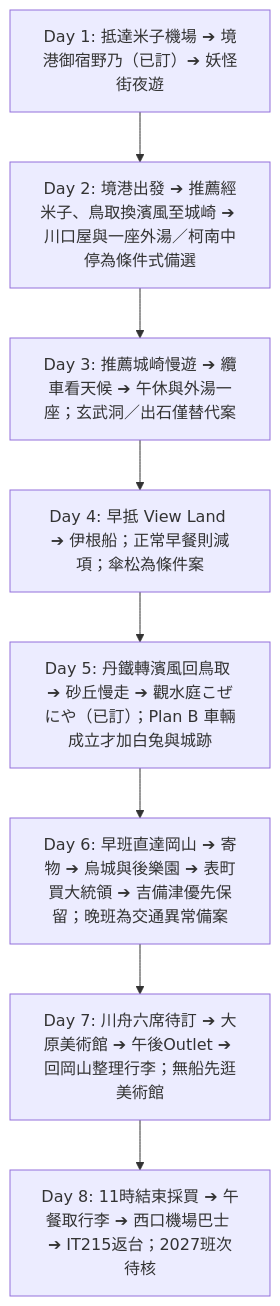
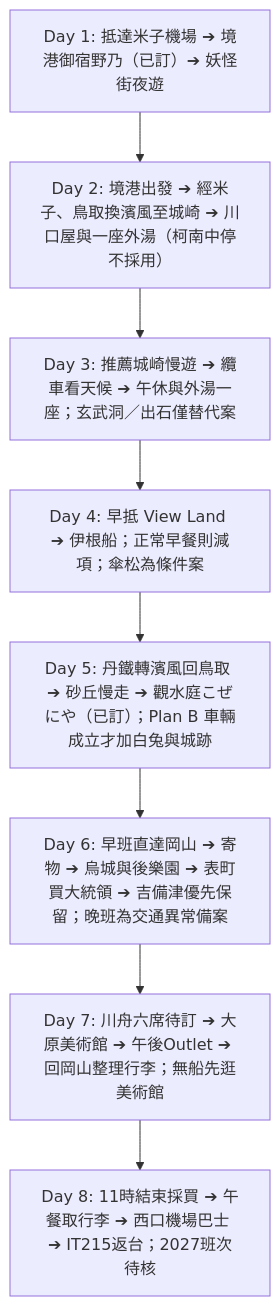
Before and after one commit to iamkeith001/sanin-trip-2027: the diagram in README.md, drawn with Mermaid. The commit also changed other lines of this file and 5 other files, not shown here.

````diff
--- a/README.md
+++ b/README.md
@@ -49,10 +49,10 @@
 ```mermaid
 graph TD
-    Day1[Day 1: 抵達米子機場 ➔ 境港御宿野乃（已訂）➔ 妖怪街夜遊] --> Day2[Day 2: 境港出發 ➔ 推薦經米子、鳥取換濱風至城崎 ➔ 川口屋與一座外湯／柯南中停為條件式備選]
+    Day1[Day 1: 抵達米子機場 ➔ 境港御宿野乃（已訂）➔ 妖怪街夜遊] --> Day2[Day 2: 境港出發 ➔ 經米子、鳥取換濱風至城崎 ➔ 川口屋與一座外湯（柯南中停不採用）]
     Day2 --> Day3[Day 3: 推薦城崎慢遊 ➔ 纜車看天候 ➔ 午休與外湯一座；玄武洞／出石僅替代案]
     Day3 --> Day4[Day 4: 早抵 View Land ➔ 伊根船；正常早餐則減項；傘松為條件案]
     Day4 --> Day5[Day 5: 丹鐵轉濱風回鳥取 ➔ 砂丘慢走 ➔ 觀水庭こぜにや（已訂）；Plan B 車輛成立才加白兔與城跡]
     Day5 --> Day6[Day 6: 早班直達岡山 ➔ 寄物 ➔ 烏城與後樂園 ➔ 表町買大統領 ➔ 吉備津優先保留；晚班為交通異常備案]
     Day6 --> Day7[Day 7: 川舟六席待訂 ➔ 大原美術館 ➔ 午後Outlet ➔ 回岡山整理行李；無船先逛美術館]
     Day7 --> Day8[Day 8: 11時結束採買 ➔ 午餐取行李 ➔ 西口機場巴士 ➔ IT215返台；2027班次待核]
 ```
````
